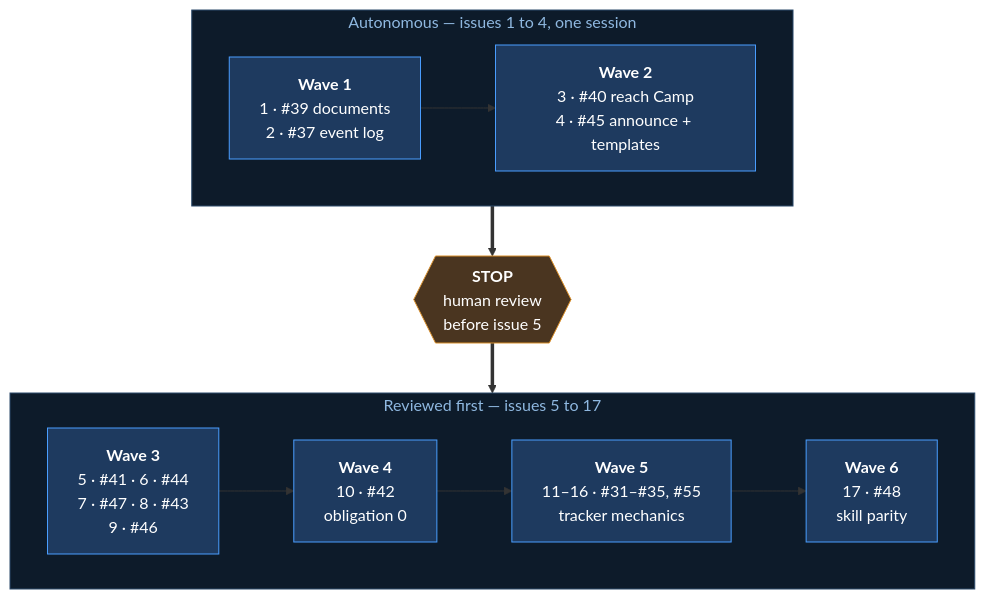
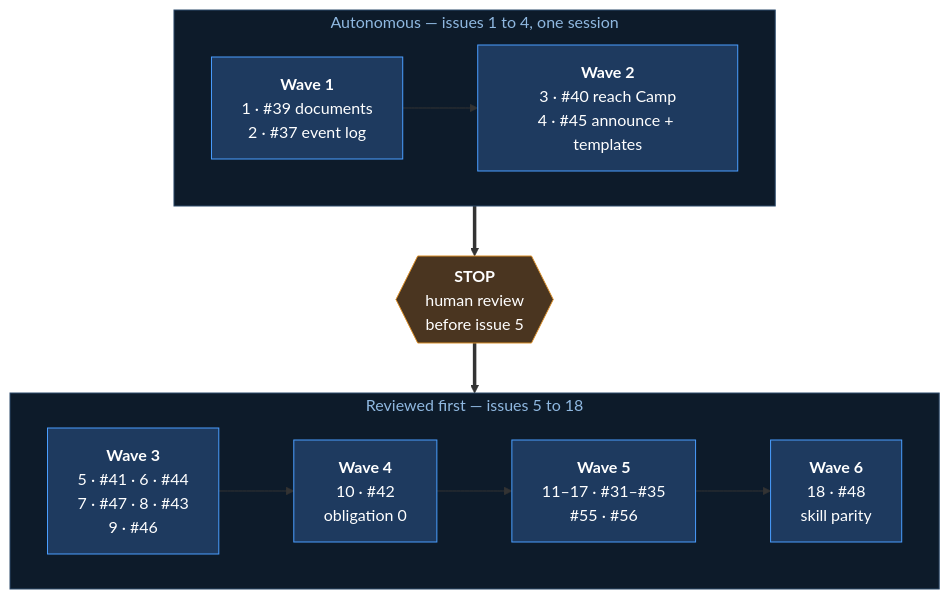
One commit to Calyx-Engineering/arc changed the third of 3 diagrams in docs/arc-log/arc-03-camp.md. Above: the diagram before and after it, drawn with Mermaid. The commit also changed other lines of this file, not shown here.

First line of the commit message:
docs: record the two issues this arc spawned while executing

````diff
--- a/docs/arc-log/arc-03-camp.md
+++ b/docs/arc-log/arc-03-camp.md
@@ -133,21 +154,21 @@
 ```mermaid
 flowchart TB
     subgraph A[" Autonomous — issues 1 to 4, one session "]
         direction LR
         W1["<b>Wave 1</b><br/>1 · #39 documents<br/>2 · #37 event log"] --> W2["<b>Wave 2</b><br/>3 · #40 reach Camp<br/>4 · #45 announce + templates"]
     end
     A ==> STOP{{"<b>STOP</b><br/>human review<br/>before issue 5"}}
-    subgraph B[" Reviewed first — issues 5 to 17 "]
+    subgraph B[" Reviewed first — issues 5 to 18 "]
         direction LR
         W3["<b>Wave 3</b><br/>5 · #41 · 6 · #44<br/>7 · #47 · 8 · #43<br/>9 · #46"] --> W4["<b>Wave 4</b><br/>10 · #42<br/>obligation 0"]
-        W4 --> W5["<b>Wave 5</b><br/>11–16 · #31–#35, #55<br/>tracker mechanics"]
-        W5 --> W6["<b>Wave 6</b><br/>17 · #48<br/>skill parity"]
+        W4 --> W5["<b>Wave 5</b><br/>11–17 · #31–#35<br/>#55 · #56"]
+        W5 --> W6["<b>Wave 6</b><br/>18 · #48<br/>skill parity"]
     end
     STOP ==> B
     classDef n fill:#1e3a5f,stroke:#4a9eff,color:#fff
     classDef s fill:#4a3520,stroke:#d98f2b,color:#fff
     class W1,W2,W3,W4,W5,W6 n
     class STOP s
     style A fill:#0d1b2a,stroke:#2c4a6b,color:#8fb8e0
     style B fill:#0d1b2a,stroke:#2c4a6b,color:#8fb8e0
 ```
````
